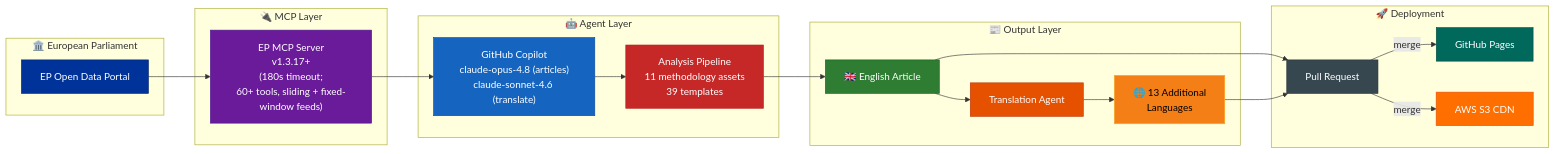
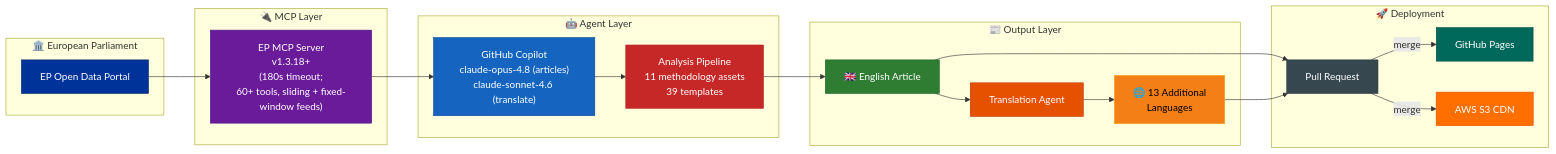
Before and after one commit to Hack23/euparliamentmonitor: diagram 23 of 23 in WORKFLOWS.md, drawn with Mermaid. The commit also changed other lines of this file and 58 other files, not shown here.

Commit message:
chore: bump EP MCP server refs to 1.3.18 across workflows and docs

````diff
--- a/WORKFLOWS.md
+++ b/WORKFLOWS.md
@@ -2253,42 +2253,42 @@
 ```mermaid
 flowchart LR
     subgraph "🏛️ European Parliament"
         EP["EP Open Data Portal"]
     end
 
     subgraph "🔌 MCP Layer"
-        MCP["EP MCP Server<br/>v1.3.17+<br/>(180s timeout;<br/>60+ tools, sliding + fixed-window feeds)"]
+        MCP["EP MCP Server<br/>v1.3.18+<br/>(180s timeout;<br/>60+ tools, sliding + fixed-window feeds)"]
     end
 
     subgraph "🤖 Agent Layer"
         Agent["GitHub Copilot<br/>claude-opus-4.8 (articles)<br/>claude-sonnet-4.6 (translate)"]
         Analyze["Analysis Pipeline<br/>11 methodology assets<br/>39 templates"]
     end
 
     subgraph "📰 Output Layer"
         EN["🇬🇧 English Article"]
         Translate["Translation Agent"]
         Multi["🌐 13 Additional<br/>Languages"]
     end
 
     subgraph "🚀 Deployment"
         PR["Pull Request"]
         Pages["GitHub Pages"]
         S3["AWS S3 CDN"]
     end
 
     EP --> MCP --> Agent --> Analyze --> EN --> PR
     EN --> Translate --> Multi --> PR
     PR --> |"merge"| Pages & S3
 
     style EP fill:#003399,stroke:#002266,color:#FFFFFF
     style MCP fill:#6A1B9A,stroke:#4A148C,color:#FFFFFF
     style Agent fill:#1565C0,stroke:#0D47A1,color:#FFFFFF
     style Analyze fill:#C62828,stroke:#B71C1C,color:#FFFFFF
     style EN fill:#2E7D32,stroke:#1B5E20,color:#FFFFFF
     style Translate fill:#E65100,stroke:#BF360C,color:#FFFFFF
     style Multi fill:#F57F17,stroke:#F9A825,color:#000000
     style PR fill:#37474F,stroke:#263238,color:#FFFFFF
     style Pages fill:#00695C,stroke:#004D40,color:#FFFFFF
     style S3 fill:#FF6F00,stroke:#E65100,color:#FFFFFF
 ```
````
